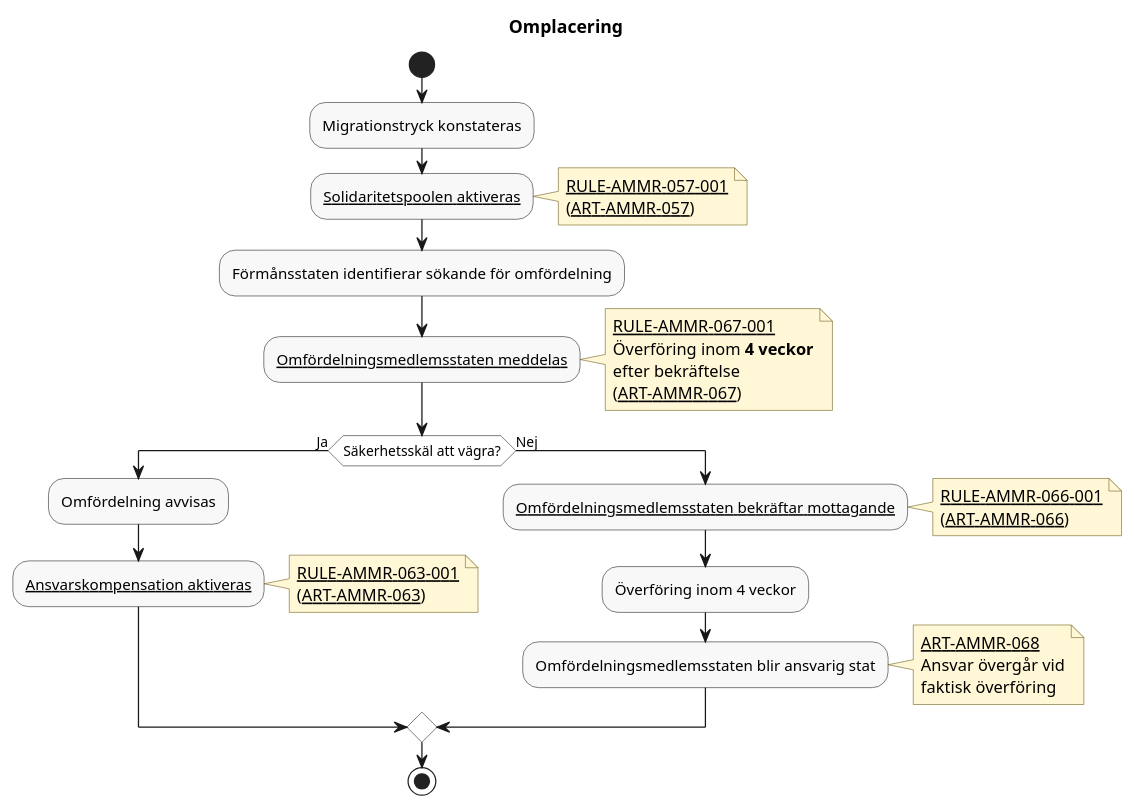
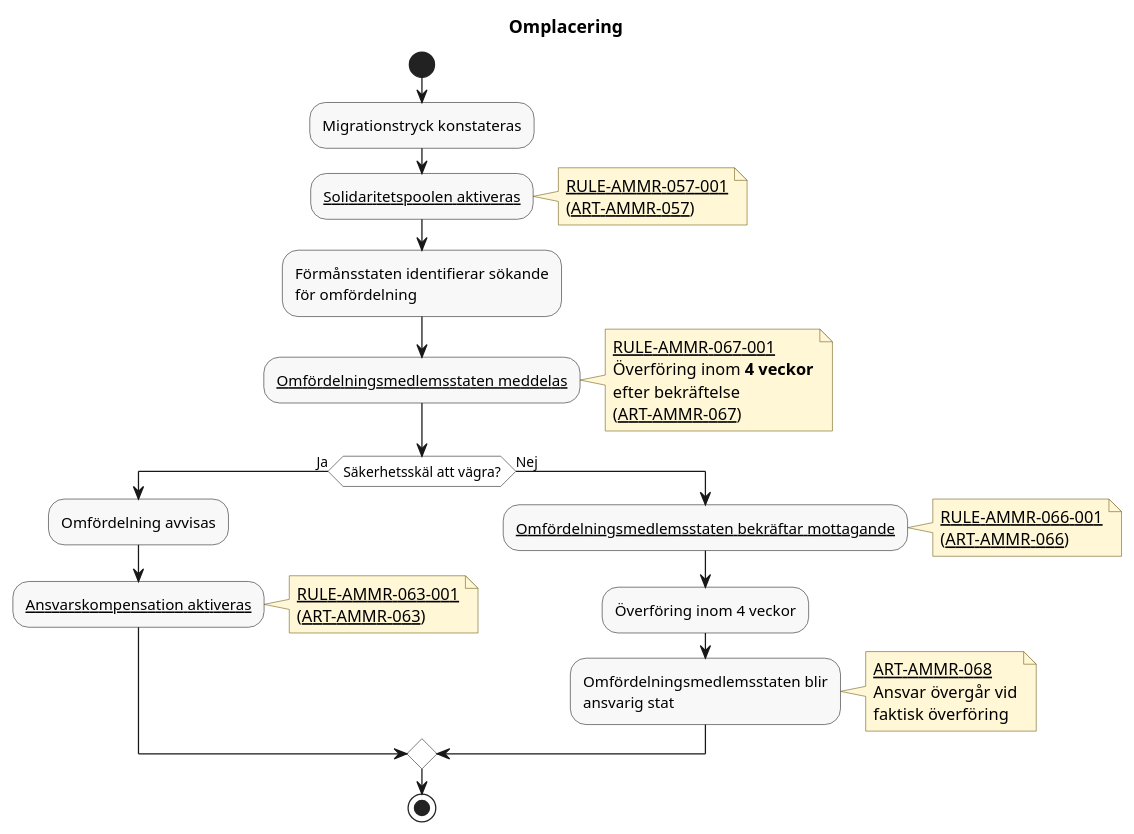
One commit to chrhe894/migration_pact changed the diagram in docs/domains/solidarity/diagrams/relocation.pu. Above: the diagram before and after it, drawn with PlantUML. The commit also changed 14 other files, not shown here.

Commit message:
Less wide diagrams

```diff
--- a/docs/domains/solidarity/diagrams/relocation.pu
+++ b/docs/domains/solidarity/diagrams/relocation.pu
@@ -15,71 +15,71 @@
 @startuml relocation
 
 title Omplacering
 
 skinparam shadowing false
 skinparam HyperlinkColor Black
 skinparam HyperlinkUnderline true
 skinparam defaultFontName Arial
 skinparam activity {
   BackgroundColor #F8F8F8
   BorderColor #333333
   DiamondBackgroundColor #FFFFFF
   DiamondBorderColor #333333
 }
 skinparam note {
   BackgroundColor #FFF7D6
   BorderColor #7A6A2A
 }
 
 start
 
 :Migrationstryck konstateras;
 
 :[[../rules/rule-ammr-057-001.md Solidaritetspoolen aktiveras]];
 note right
   [[../rules/rule-ammr-057-001.md RULE-AMMR-057-001]]
   ([[../articles/ammr-057.md ART-AMMR-057]])
 end note
 
-:Förmånsstaten identifierar sökande för omfördelning;
+:Förmånsstaten identifierar sökande\nför omfördelning;
 
 :[[../rules/rule-ammr-067-001.md Omfördelningsmedlemsstaten meddelas]];
 note right
   [[../rules/rule-ammr-067-001.md RULE-AMMR-067-001]]
   Överföring inom **4 veckor**
   efter bekräftelse
   ([[../articles/ammr-067.md ART-AMMR-067]])
 end note
 
 if (Säkerhetsskäl att vägra?) then (Ja)
 
     :Omfördelning avvisas;
 
     :[[../rules/rule-ammr-063-001.md Ansvarskompensation aktiveras]];
     note right
       [[../rules/rule-ammr-063-001.md RULE-AMMR-063-001]]
       ([[../articles/ammr-063.md ART-AMMR-063]])
     end note
 
 else (Nej)
 
     :[[../rules/rule-ammr-066-001.md Omfördelningsmedlemsstaten bekräftar mottagande]];
     note right
       [[../rules/rule-ammr-066-001.md RULE-AMMR-066-001]]
       ([[../articles/ammr-066.md ART-AMMR-066]])
     end note
 
     :Överföring inom 4 veckor;
 
-    :Omfördelningsmedlemsstaten blir ansvarig stat;
+    :Omfördelningsmedlemsstaten blir\nansvarig stat;
     note right
       [[../articles/ammr-068.md ART-AMMR-068]]
       Ansvar övergår vid
       faktisk överföring
     end note
 
 endif
 
 stop
 
 @enduml
```
